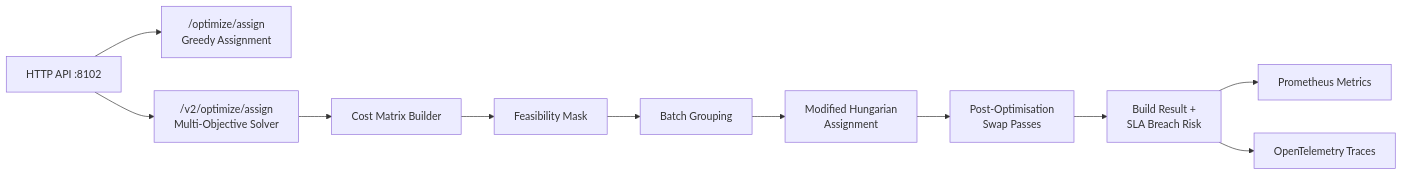
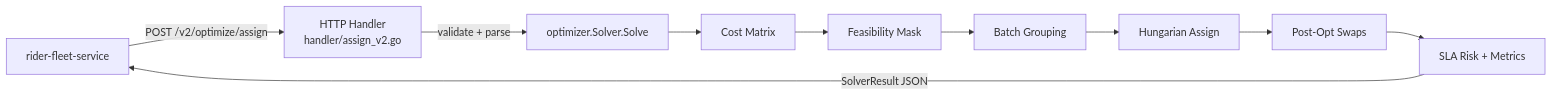
The second of 5 diagrams in services/dispatch-optimizer-service/README.md (sunitakeazycommerz-a11y/InstaCommerce), drawn with Mermaid before and after one commit. The commit also changed other lines of this file and 554 other files, not shown here.

````diff
--- a/services/dispatch-optimizer-service/README.md
+++ b/services/dispatch-optimizer-service/README.md
@@ -9,13 +107,12 @@
 ```mermaid
-graph LR
-    API[HTTP API :8102] --> V1["/optimize/assign<br/>Greedy Assignment"]
-    API --> V2["/v2/optimize/assign<br/>Multi-Objective Solver"]
-    V2 --> CM[Cost Matrix Builder]
-    CM --> FM[Feasibility Mask]
-    FM --> BA[Batch Grouping]
-    BA --> HA[Modified Hungarian<br/>Assignment]
-    HA --> PO[Post-Optimisation<br/>Swap Passes]
-    PO --> BR[Build Result +<br/>SLA Breach Risk]
-    BR --> PROM[Prometheus Metrics]
-    BR --> OTEL[OpenTelemetry Traces]
+flowchart LR
+    A[rider-fleet-service] -->|POST /v2/optimize/assign| B[HTTP Handler<br/>handler/assign_v2.go]
+    B -->|validate + parse| C[optimizer.Solver.Solve]
+    C --> D[Cost Matrix]
+    D --> E[Feasibility Mask]
+    E --> F[Batch Grouping]
+    F --> G[Hungarian Assign]
+    G --> H[Post-Opt Swaps]
+    H --> I[SLA Risk + Metrics]
+    I -->|SolverResult JSON| A
 ```
````
